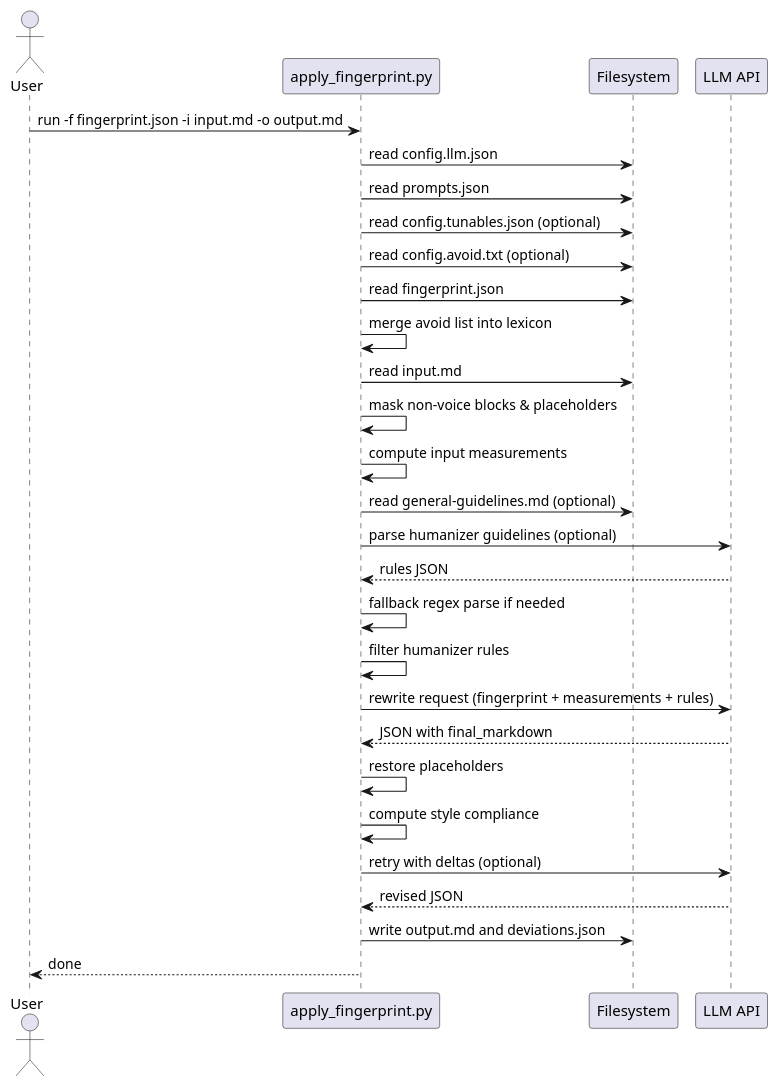
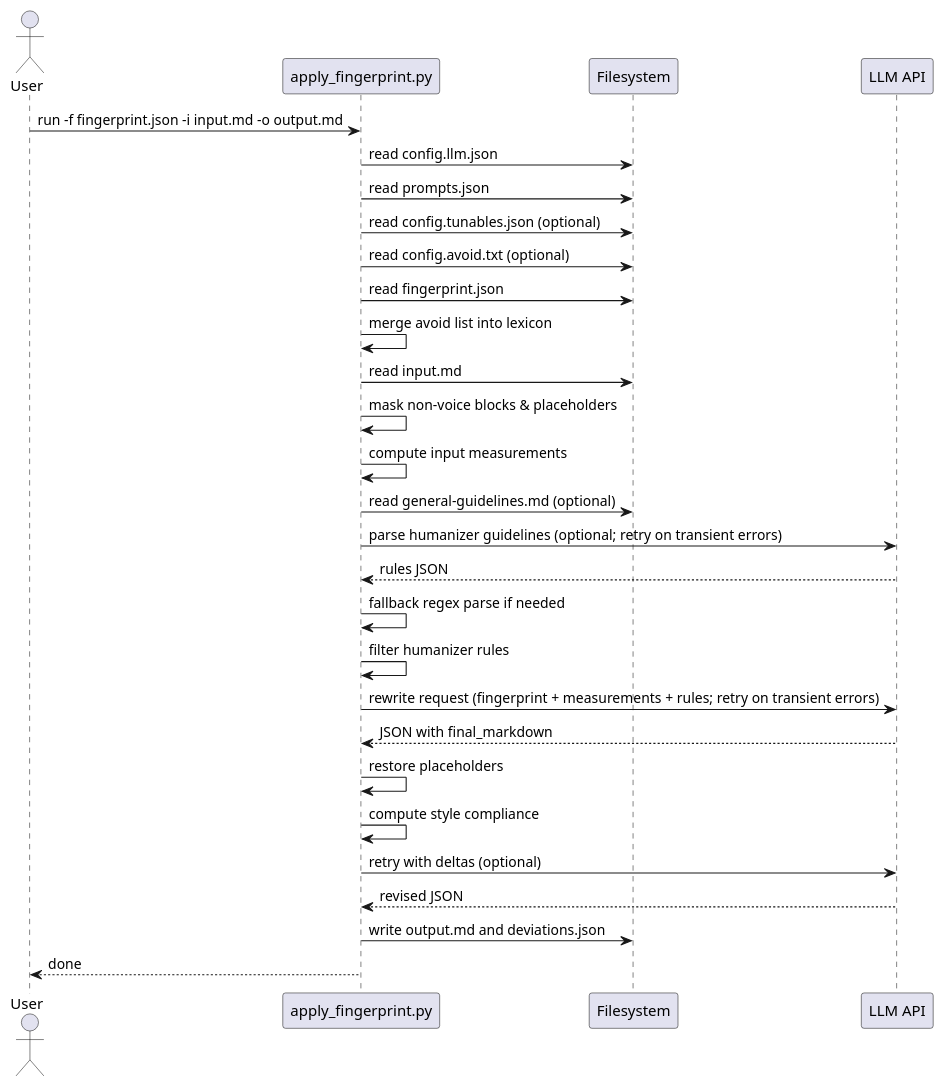
Before and after one commit to ngpepin/stylometric-transfer: the third of 3 diagrams in UML-Apply.md, drawn with PlantUML. The commit also changed other lines of this file and 1 other file, not shown here.

Commit message:
feat: add retry with backoff for LLM calls in apply and fingerprint pipelines

````diff
--- a/UML-Apply.md
+++ b/UML-Apply.md
@@ -122,32 +125,32 @@
 ```plantuml
 @startuml
 actor User
 participant "apply_fingerprint.py" as AF
 participant "Filesystem" as FS
 participant "LLM API" as LLM
 
 User -> AF : run -f fingerprint.json -i input.md -o output.md
 AF -> FS : read config.llm.json
 AF -> FS : read prompts.json
 AF -> FS : read config.tunables.json (optional)
 AF -> FS : read config.avoid.txt (optional)
 AF -> FS : read fingerprint.json
 AF -> AF : merge avoid list into lexicon
 AF -> FS : read input.md
 AF -> AF : mask non-voice blocks & placeholders
 AF -> AF : compute input measurements
 AF -> FS : read general-guidelines.md (optional)
-AF -> LLM : parse humanizer guidelines (optional)
+AF -> LLM : parse humanizer guidelines (optional; retry on transient errors)
 LLM --> AF : rules JSON
 AF -> AF : fallback regex parse if needed
 AF -> AF : filter humanizer rules
-AF -> LLM : rewrite request (fingerprint + measurements + rules)
+AF -> LLM : rewrite request (fingerprint + measurements + rules; retry on transient errors)
 LLM --> AF : JSON with final_markdown
 AF -> AF : restore placeholders
 AF -> AF : compute style compliance
 AF -> LLM : retry with deltas (optional)
 LLM --> AF : revised JSON
 AF -> FS : write output.md and deviations.json
 AF --> User : done
 @enduml
 ```
````
